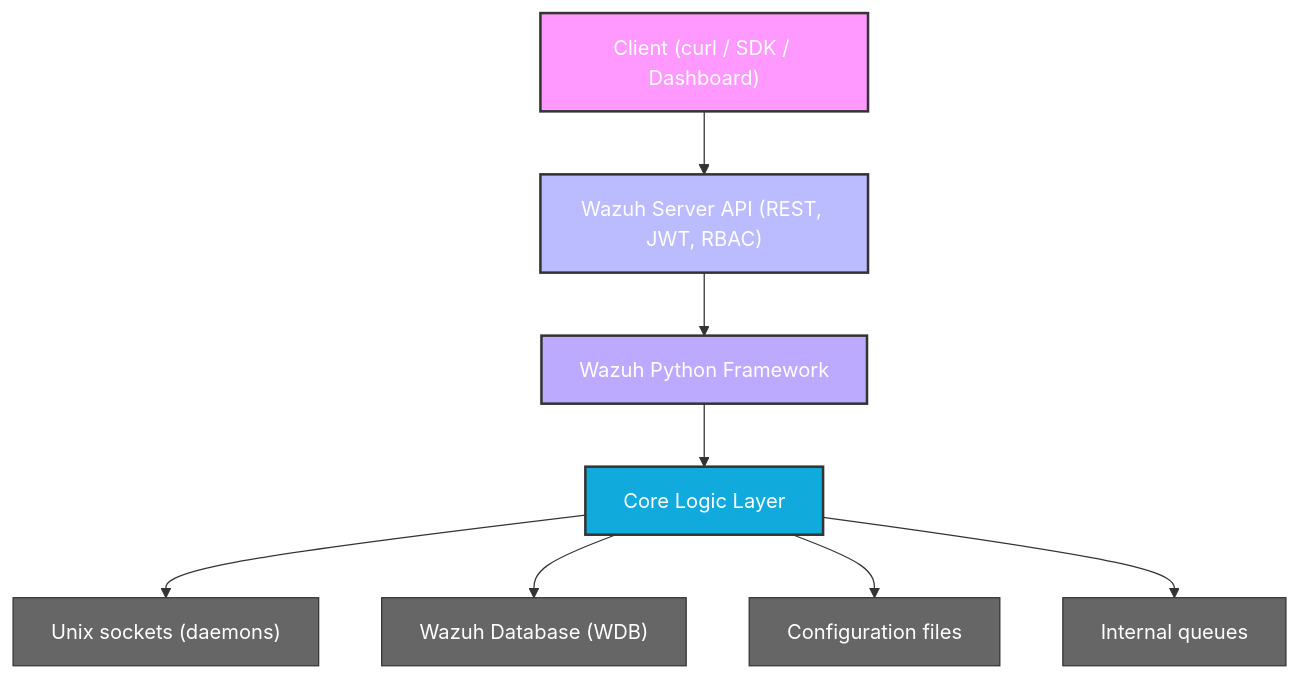
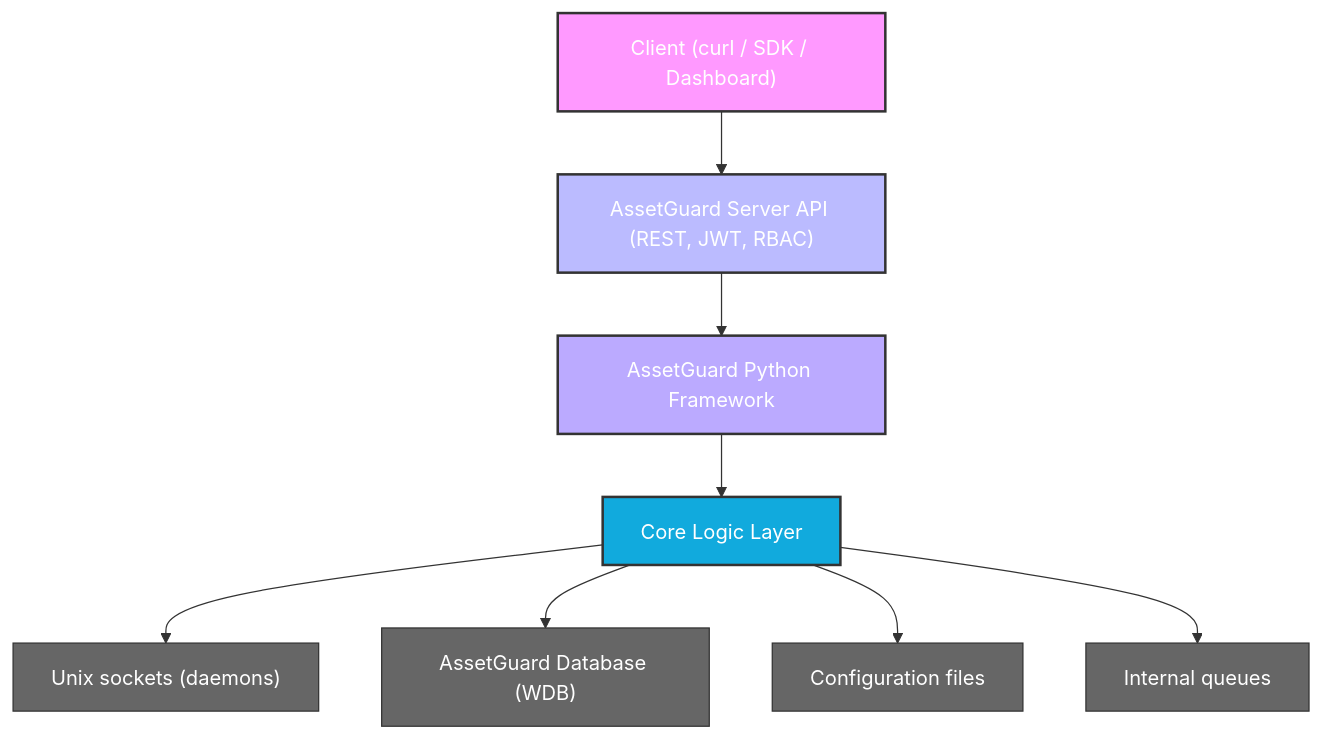
One commit to Ghostofpotato/AssetGuard changed the first of 2 diagrams in docs/ref/modules/server-api/architecture.md. Above: the diagram before and after it, drawn with Mermaid. The commit also changed other lines of this file and 4032 other files, not shown here.

First line of the commit message:
Rebrand: replace all Wazuh references with AssetGuard

````diff
--- a/docs/ref/modules/server-api/architecture.md
+++ b/docs/ref/modules/server-api/architecture.md
@@ -9,20 +9,20 @@
 ```mermaid
 graph TD
-    A["Client (curl / SDK / Dashboard)"] --> B["Wazuh Server API (REST, JWT, RBAC)"]
-    B --> C["Wazuh Python Framework"]
+    A["Client (curl / SDK / Dashboard)"] --> B["AssetGuard Server API (REST, JWT, RBAC)"]
+    B --> C["AssetGuard Python Framework"]
     C --> D["Core Logic Layer"]
     
     D --> E["Unix sockets (daemons)"]
-    D --> F["Wazuh Database (WDB)"]
+    D --> F["AssetGuard Database (WDB)"]
     D --> G["Configuration files"]
     D --> H["Internal queues"]
 
     style A fill:#f9f,stroke:#333,stroke-width:2px,color:#fff
     style B fill:#bbf,stroke:#333,stroke-width:2px,color:#fff
     style C fill:#baf,stroke:#333,stroke-width:2px,color:#fff
     style D fill:#1ad,stroke:#333,stroke-width:2px,color:#fff
     style E fill:#666,stroke:#333,color:#fff
     style F fill:#666,stroke:#333,color:#fff
     style G fill:#666,stroke:#333,color:#fff
     style H fill:#666,stroke:#333,color:#fff
 ```
````
